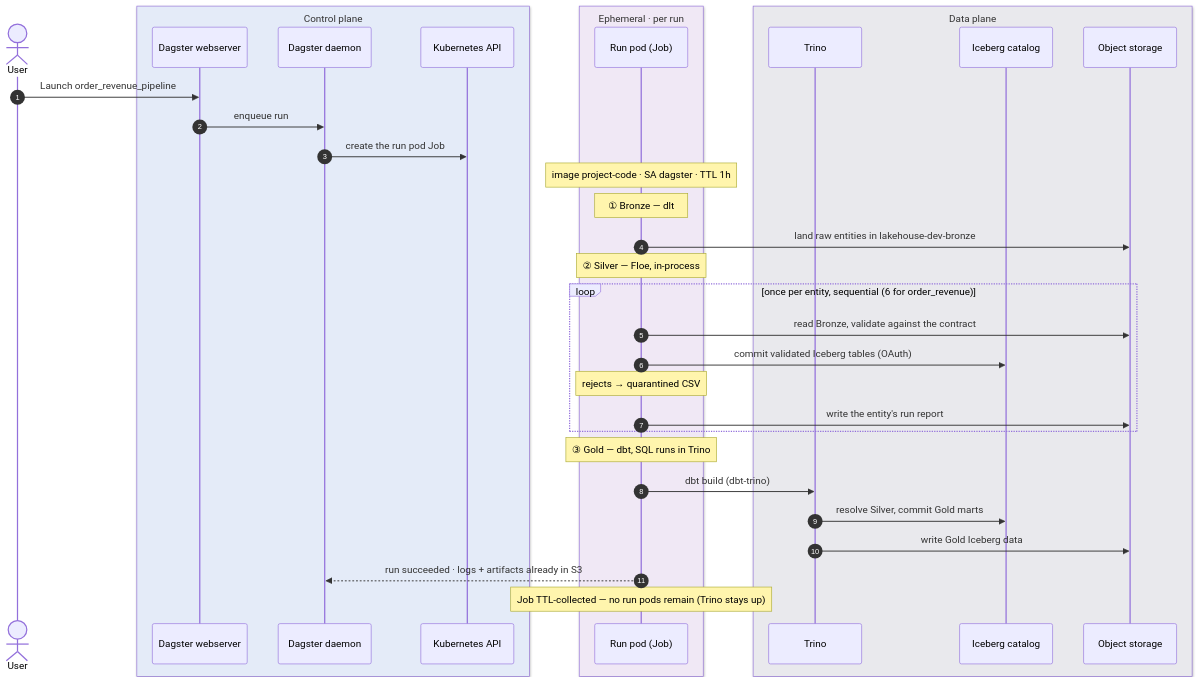
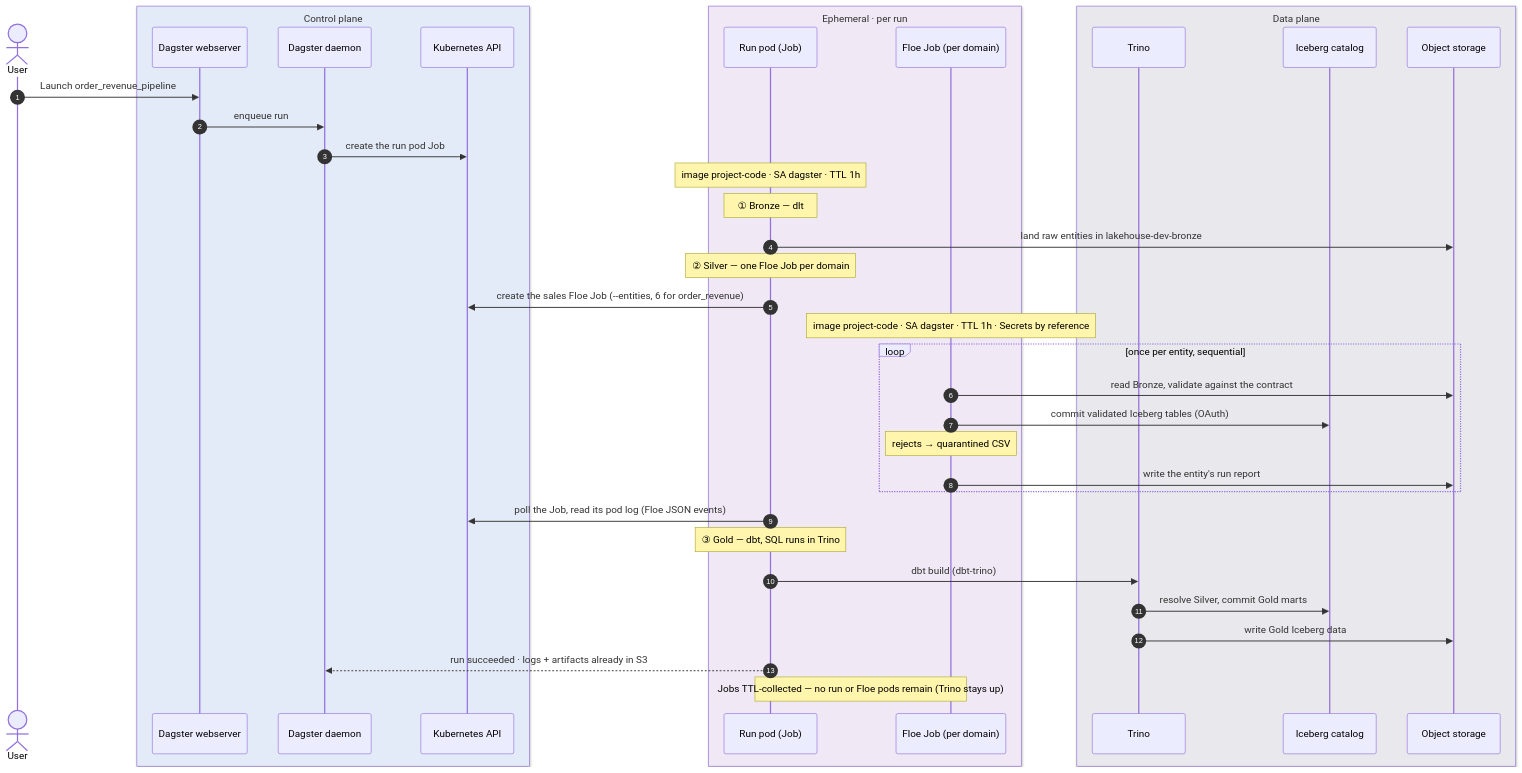
The first of 2 diagrams in docs/architecture/diagrams/chart3-ephemeral-job-lifecycle.md (OpenLakeForge/openlakeforge), drawn with Mermaid before and after one commit. The commit also changed other lines of this file and 11 other files, not shown here.

First line of the commit message:
docs: describe Floe 0.8 running one Kubernetes Job per domain

````diff
--- a/docs/architecture/diagrams/chart3-ephemeral-job-lifecycle.md
+++ b/docs/architecture/diagrams/chart3-ephemeral-job-lifecycle.md
@@ -20,42 +21,46 @@
 ```mermaid
 sequenceDiagram
     autonumber
     actor User
     box rgb(228,235,248) Control plane
         participant UI as Dagster webserver
         participant Daemon as Dagster daemon
         participant API as Kubernetes API
     end
     box rgb(240,232,245) Ephemeral · per run
         participant Run as Run pod (Job)
+        participant Floe as Floe Job (per domain)
     end
     box rgb(233,233,237) Data plane
         participant Trino
         participant Polaris as Iceberg catalog
         participant S3 as Object storage
     end
 
     User->>UI: Launch order_revenue_pipeline
     UI->>Daemon: enqueue run
     Daemon->>API: create the run pod Job
     Note over Run: image project-code · SA dagster · TTL 1h
 
     Note over Run: ① Bronze — dlt
     Run->>S3: land raw entities in lakehouse-dev-bronze
 
-    Note over Run: ② Silver — Floe, in-process
-    loop once per entity, sequential (6 for order_revenue)
-        Run->>S3: read Bronze, validate against the contract
-        Run->>Polaris: commit validated Iceberg tables (OAuth)
-        Note over Run: rejects → quarantined CSV
-        Run->>S3: write the entity's run report
+    Note over Run: ② Silver — one Floe Job per domain
+    Run->>API: create the sales Floe Job (--entities, 6 for order_revenue)
+    Note over Floe: image project-code · SA dagster · TTL 1h · Secrets by reference
+    loop once per entity, sequential
+        Floe->>S3: read Bronze, validate against the contract
+        Floe->>Polaris: commit validated Iceberg tables (OAuth)
+        Note over Floe: rejects → quarantined CSV
+        Floe->>S3: write the entity's run report
     end
+    Run->>API: poll the Job, read its pod log (Floe JSON events)
 
     Note over Run: ③ Gold — dbt, SQL runs in Trino
     Run->>Trino: dbt build (dbt-trino)
     Trino->>Polaris: resolve Silver, commit Gold marts
     Trino->>S3: write Gold Iceberg data
 
     Run-->>Daemon: run succeeded · logs + artifacts already in S3
-    Note over Run: Job TTL-collected — no run pods remain (Trino stays up)
+    Note over Run,Floe: Jobs TTL-collected — no run or Floe pods remain (Trino stays up)
 ```
````
